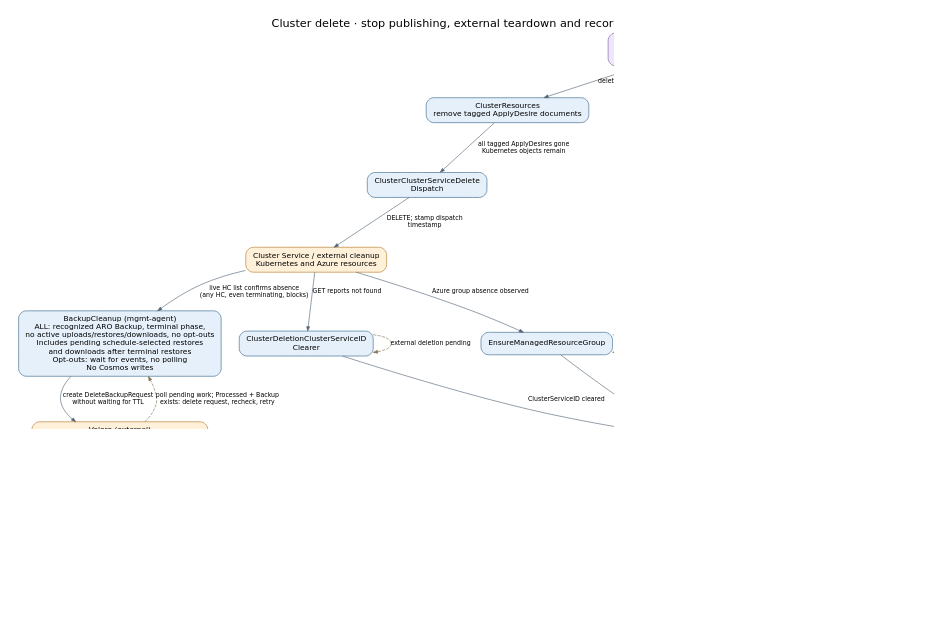
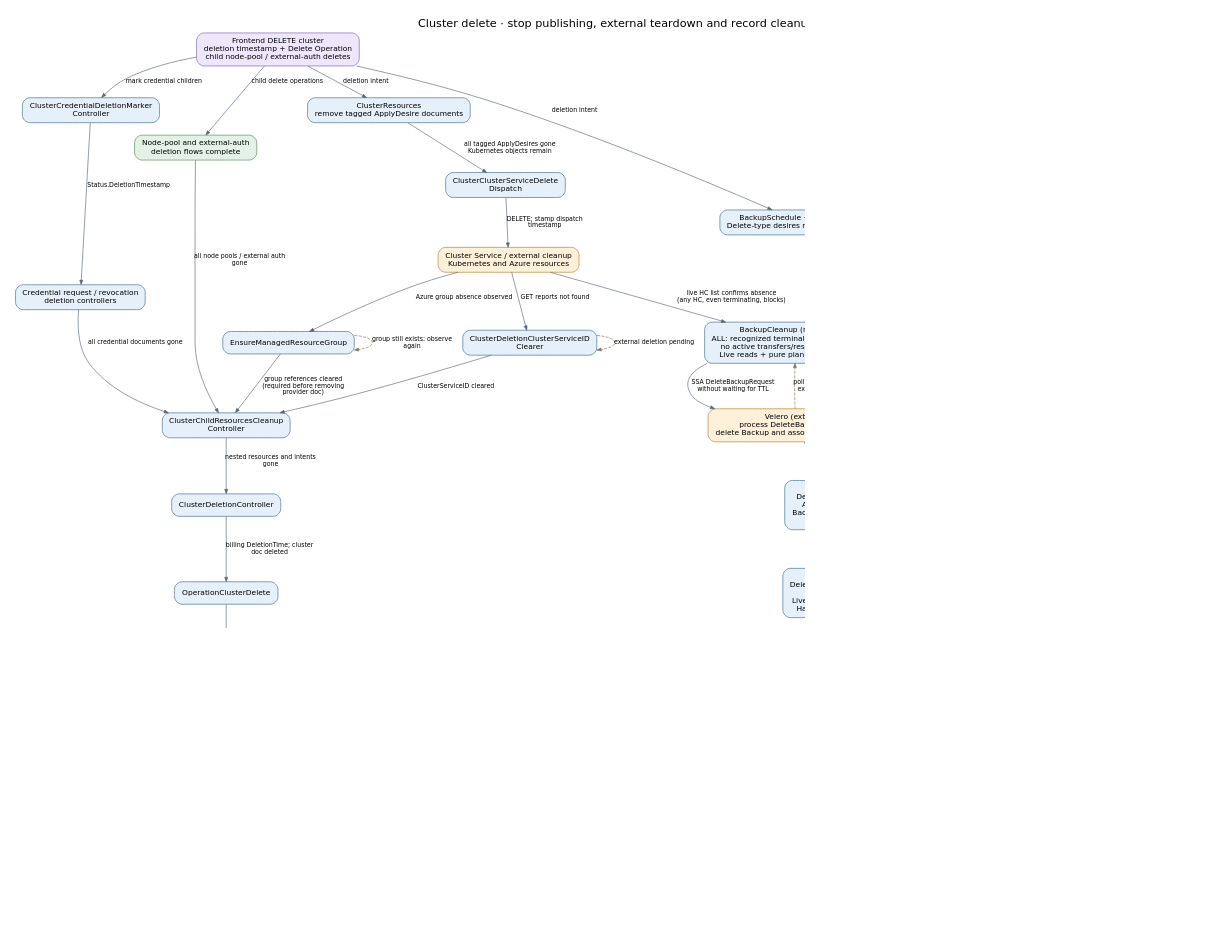
One commit to Azure/ARO-HCP changed the diagram in docs/diagrams/controller-flows/cluster-delete.dot. Above: the diagram before and after it, drawn with Graphviz. The commit also changed 26 other files, not shown here.

Commit message:
fix: retire orphaned Velero repositories with durable cleanup intents

```diff
--- a/docs/diagrams/controller-flows/cluster-delete.dot
+++ b/docs/diagrams/controller-flows/cluster-delete.dot
@@ -1,42 +1,58 @@
 digraph cluster_delete {
   graph [rankdir=TB, bgcolor="white", pad="0.3", nodesep="0.4", ranksep="0.55", fontname="DejaVu Sans", fontsize=18, labelloc=t, label="Cluster delete · stop publishing, external teardown and record cleanup", dpi=110];
   node [shape=box, style="rounded,filled", fillcolor="#e6f0fa", color="#35648a", fontname="DejaVu Sans", fontsize=12, margin="0.16,0.10"];
   edge [color="#536577", fontname="DejaVu Sans", fontsize=10, arrowsize=0.7];
   delete [label="Frontend DELETE cluster\ndeletion timestamp + Delete Operation\nchild node-pool / external-auth deletes", fillcolor="#eee7fb", color="#7b59a4"];
   resources [label="ClusterResources\nremove tagged ApplyDesire documents", fillcolor="#e6f0fa", color="#35648a"];
   dispatch [label="ClusterClusterServiceDelete\nDispatch", fillcolor="#e6f0fa", color="#35648a"];
   cs [label="Cluster Service / external cleanup\nKubernetes and Azure resources", fillcolor="#fff0da", color="#b27624"];
   clear [label="ClusterDeletionClusterServiceID\nClearer", fillcolor="#e6f0fa", color="#35648a"];
   marker [label="ClusterCredentialDeletionMarker\nController", fillcolor="#e6f0fa", color="#35648a"];
   credentials [label="Credential request / revocation\ndeletion controllers", fillcolor="#e6f0fa", color="#35648a"];
   children [label="Node-pool and external-auth\ndeletion flows complete", fillcolor="#e4f2e5", color="#4c8053"];
   group [label="EnsureManagedResourceGroup", fillcolor="#e6f0fa", color="#35648a"];
   cleanup [label="ClusterChildResourcesCleanup\nController", fillcolor="#e6f0fa", color="#35648a"];
   final [label="ClusterDeletionController", fillcolor="#e6f0fa", color="#35648a"];
   op [label="OperationClusterDelete", fillcolor="#e6f0fa", color="#35648a"];
   done [label="ARM Delete Operation Succeeded", fillcolor="#e4f2e5", color="#4c8053"];
-  backups [label="BackupCleanup (mgmt-agent)\nALL: recognized ARO Backup, terminal phase,\nno active uploads/restores/downloads, no opt-outs\nIncludes pending schedule-selected restores\nand downloads after terminal restores\nOpt-outs: wait for events, no polling\nNo Cosmos writes", fillcolor="#e6f0fa", color="#35648a"];
+  schedules [label="BackupSchedule + kube-applier\nDelete-type desires remove Schedules", fillcolor="#e6f0fa", color="#35648a"];
+  backups [label="BackupCleanup (mgmt-agent)\nALL: recognized terminal Backup, HC absent,\nno active transfers/restores, no opt-outs\nLive reads + pure plan + non-forced SSA", fillcolor="#e6f0fa", color="#35648a"];
   velero [label="Velero (external)\nprocess DeleteBackupRequest\ndelete Backup and associated backup data", fillcolor="#fff0da", color="#b27624"];
-  retained [label="Backup absent: stop reconciling\nBackupRepositories retained for Kopia maintenance\nNot proof of repository GC; not an ARM gate", fillcolor="#e4f2e5", color="#4c8053"];
+  retirement [label="RepositoryCleanup: retirement\nDefault repository finalizer before deletion\nALL: HC absent, no matching/unscoped\nBackups or Schedules, no active consumers,\nno storage aliases or opt-outs", fillcolor="#e6f0fa", color="#35648a"];
+  handoff [label="RepositoryCleanup: durable handoff\nDelete repository; SSA immutable cleanup CR\nDefault finalizer; no ownerReference\nLive-verify intent, release repository finalizer\nHandoff only, not held for storage cleanup", fillcolor="#e6f0fa", color="#35648a"];
+  drain [label="RepositoryCleanup: drain maintenance\nALL: repository name absent (any UID),\nfresh consumer/opt-out checks pass\nActive same-volume foreign work blocks\neven if current BSL differs\nRemove only associated terminal maintenance;\nterminal foreign Jobs left untouched", fillcolor="#e6f0fa", color="#35648a"];
+  sweep [label="RepositoryCleanup -> Azure (direct)\nSweep exact public-Azure Kopia prefix\nNormal deletes: blobs, versions, snapshots\nFresh empty listing + live dependency checks", fillcolor="#fff0da", color="#b27624"];
+  retained [label="Complete=True / CleanupComplete\nRetained protected tombstone; no ownerRef\nSoft-deleted history is not permanently purged\nNo Cosmos writes; not an ARM gate", fillcolor="#e4f2e5", color="#4c8053"];
+  release [label="Explicit cleanup CR removal (optional)\nFresh sweep/check before finalizer release\nEnds late-writer protection", fillcolor="#e4f2e5", color="#4c8053"];
   delete -> resources [label="deletion intent"];
   resources -> dispatch [label="all tagged ApplyDesires gone\nKubernetes objects remain"];
   dispatch -> cs [label="DELETE; stamp dispatch\ntimestamp"];
   cs -> clear [label="GET reports not found"];
   cs -> backups [label="live HC list confirms absence\n(any HC, even terminating, blocks)"];
-  backups -> velero [label="create DeleteBackupRequest\nwithout waiting for TTL"];
+  delete -> schedules [label="deletion intent"];
+  backups -> velero [label="SSA DeleteBackupRequest\nwithout waiting for TTL"];
   velero -> backups [label="poll pending work; Processed + Backup\nexists: delete request, recheck, retry", style=dashed, color="#857456"];
-  velero -> retained [label="live Backup GET: NotFound"];
+  velero -> retirement [label="all associated Backups absent"];
+  schedules -> retirement [label="matching Schedules absent"];
+  retirement -> handoff [label="all live gates pass"];
+  handoff -> drain [label="repository gone; durable intent remains"];
+  drain -> drain [label="WaitingForRepository / Blocked /\nDrainingMaintenance: recheck", style=dashed, color="#857456", constraint=false];
+  drain -> sweep [label="associated Jobs/Pods absent; no active\nforeign work; revalidate gates\nDeletingBlobs"];
+  sweep -> drain [label="SweepFailed: retry with fresh checks", style=dashed, color="#857456", constraint=false];
+  sweep -> retained [label="sweep + post-sweep checks pass"];
+  retained -> drain [label="events + 10m completed recheck\ncatch late writers", style=dashed, color="#857456", constraint=false];
+  retained -> release [label="only if explicitly requested\nkeep tombstones by default", style=dashed, color="#857456"];
   delete -> marker [label="mark credential children"];
   marker -> credentials [label="Status.DeletionTimestamp"];
   delete -> children [label="child delete operations"];
   cs -> group [label="Azure group absence observed"];
   clear -> cleanup [label="ClusterServiceID cleared"];
   credentials -> cleanup [label="all credential documents gone"];
   children -> cleanup [label="all node pools / external auth\ngone"];
   group -> cleanup [label="group references cleared\n(required before removing\nprovider doc)"];
   cleanup -> final [label="nested resources and intents\ngone"];
   final -> op [label="billing DeletionTime; cluster\ndoc deleted"];
   op -> done [label="document absence observed"];
   clear -> clear [label="external deletion pending", style=dashed, color="#857456", constraint=false];
   group -> group [label="group still exists: observe\nagain", style=dashed, color="#857456", constraint=false];
 }
```
